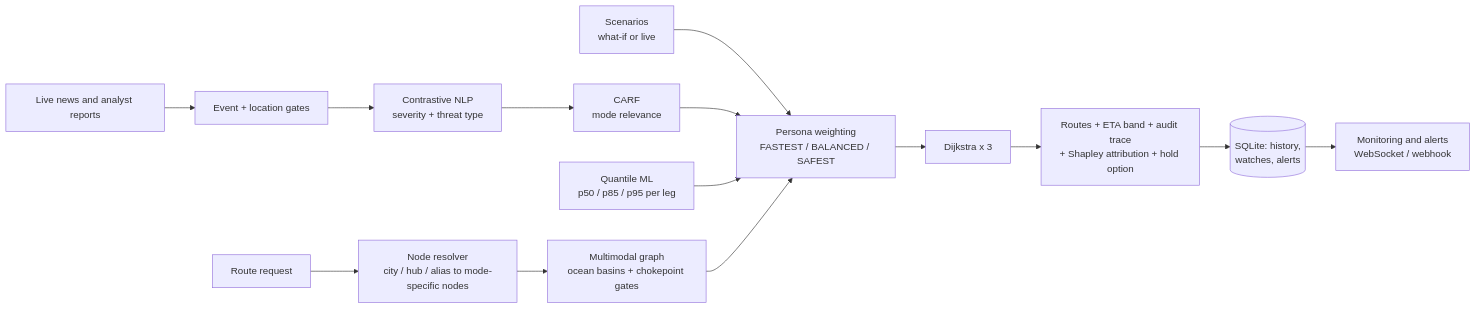
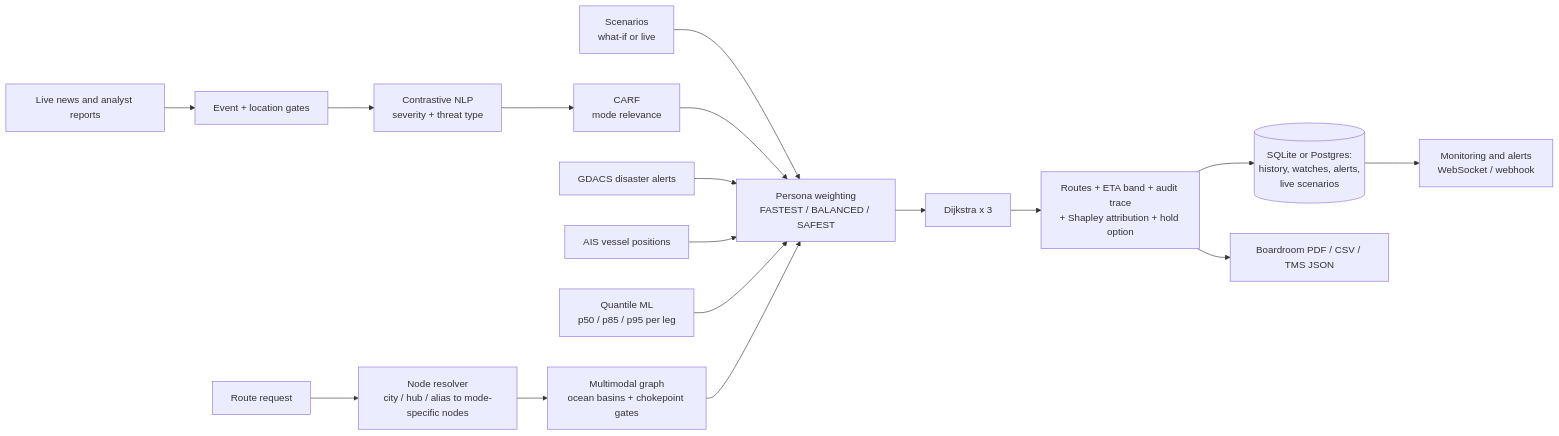
One commit to loneryderr536/Supply-chainer changed the diagram in README.md. Above: the diagram before and after it, drawn with Mermaid. The commit also changed other lines of this file and 21 other files, not shown here.

Commit message:
Add PDF reports, cargo value, i18n/currency, GDACS/AIS feeds, Postgres; remove impossible land links

````diff
--- a/README.md
+++ b/README.md
@@ -78,13 +81,16 @@
 ```mermaid
 flowchart LR
     A[Route request] --> B[Node resolver<br/>city / hub / alias to mode-specific nodes]
     B --> C[Multimodal graph<br/>ocean basins + chokepoint gates]
     S[Scenarios<br/>what-if or live] --> W
     N[Live news and analyst reports] --> G[Event + location gates] --> P[Contrastive NLP<br/>severity + threat type] --> F[CARF<br/>mode relevance] --> W
+    GD[GDACS disaster alerts] --> W
+    AIS[AIS vessel positions] --> W
     M[Quantile ML<br/>p50 / p85 / p95 per leg] --> W
     C --> W[Persona weighting<br/>FASTEST / BALANCED / SAFEST]
     W --> D[Dijkstra x 3]
     D --> R[Routes + ETA band + audit trace<br/>+ Shapley attribution + hold option]
-    R --> H[(SQLite: history,<br/>watches, alerts)]
+    R --> H[(SQLite or Postgres:<br/>history, watches, alerts,<br/>live scenarios)]
+    R --> PDF[Boardroom PDF / CSV / TMS JSON]
     H --> AL[Monitoring and alerts<br/>WebSocket / webhook]
 ```
````
